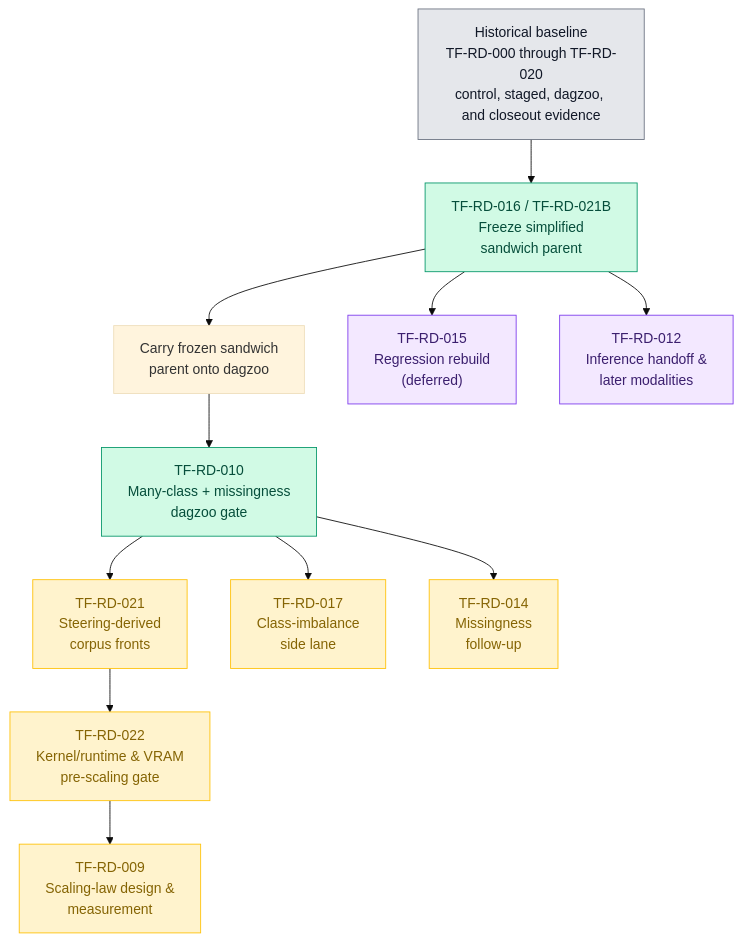
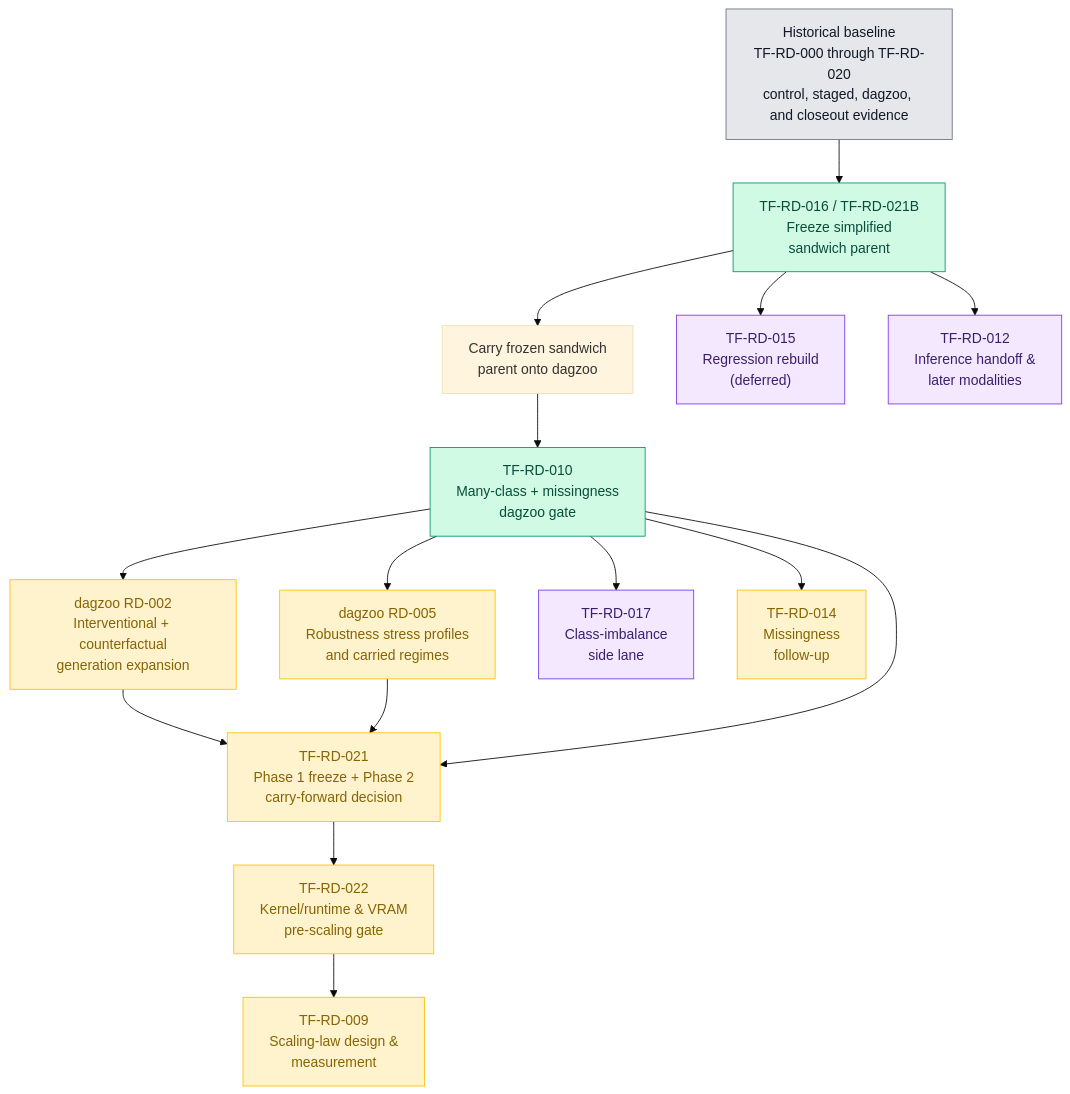
One commit to bensonlee5/tab-foundry changed the diagram in docs/development/roadmap.md. Above: the diagram before and after it, drawn with Mermaid (base theme). The commit also changed other lines of this file and 3 other files, not shown here.

Commit message:
Reorder post-TF-RD-010 roadmap sequencing

````diff
--- a/docs/development/roadmap.md
+++ b/docs/development/roadmap.md
@@ -146,36 +149,42 @@
 ```mermaid
 flowchart TD
     HIST["Historical baseline<br/>TF-RD-000 through TF-RD-020<br/>control, staged, dagzoo, and closeout evidence"]
     RD016["TF-RD-016 / TF-RD-021B<br/>Freeze simplified<br/>sandwich parent"]
     DAG["Carry frozen sandwich<br/>parent onto dagzoo"]
     RD010["TF-RD-010<br/>Many-class + missingness<br/>dagzoo gate"]
-    RD021["TF-RD-021<br/>Steering-derived<br/>corpus fronts"]
+    DZ002["dagzoo RD-002<br/>Interventional + counterfactual<br/>generation expansion"]
+    DZ005["dagzoo RD-005<br/>Robustness stress profiles<br/>and carried regimes"]
+    RD021["TF-RD-021<br/>Phase 1 freeze + Phase 2<br/>carry-forward decision"]
     RD017["TF-RD-017<br/>Class-imbalance<br/>side lane"]
     RD022["TF-RD-022<br/>Kernel/runtime & VRAM<br/>pre-scaling gate"]
     RD014["TF-RD-014<br/>Missingness<br/>follow-up"]
     RD015["TF-RD-015<br/>Regression rebuild<br/>(deferred)"]
     RD012["TF-RD-012<br/>Inference handoff &<br/>later modalities"]
     RD009["TF-RD-009<br/>Scaling-law design &<br/>measurement"]
 
     HIST --> RD016
     RD016 --> DAG
     DAG --> RD010
+    RD010 --> DZ002
+    RD010 --> DZ005
+    DZ002 --> RD021
+    DZ005 --> RD021
     RD010 --> RD021
     RD010 --> RD014
     RD010 --> RD017
     RD021 --> RD022
     RD022 --> RD009
     RD016 --> RD015
     RD016 --> RD012
 
     classDef hist fill:#e5e7eb,stroke:#6b7280,color:#111827;
     classDef done fill:#d1fae5,stroke:#059669,color:#064e3b;
     classDef readyNow fill:#fff3cd,stroke:#ffc107,color:#856404;
     classDef gate fill:#fff1d6,stroke:#c67a00,color:#3d2a00;
     classDef later fill:#f3e8ff,stroke:#7c3aed,color:#3b1f6e;
 
     class HIST hist;
     class RD010,RD016 done;
-    class RD009,RD021,RD022,RD014,RD017 readyNow;
-    class RD012,RD015 later;
+    class DZ002,DZ005,RD021,RD022,RD009,RD014 readyNow;
+    class RD012,RD015,RD017 later;
 ```
````
